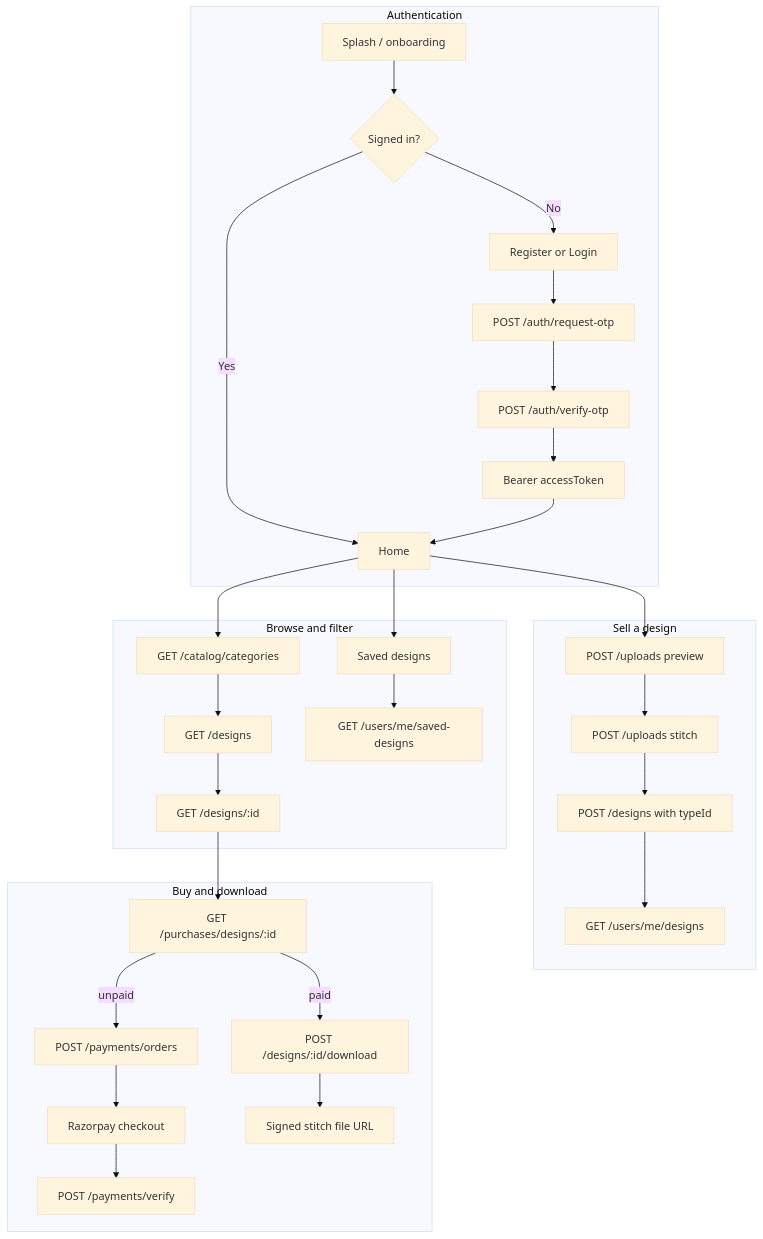
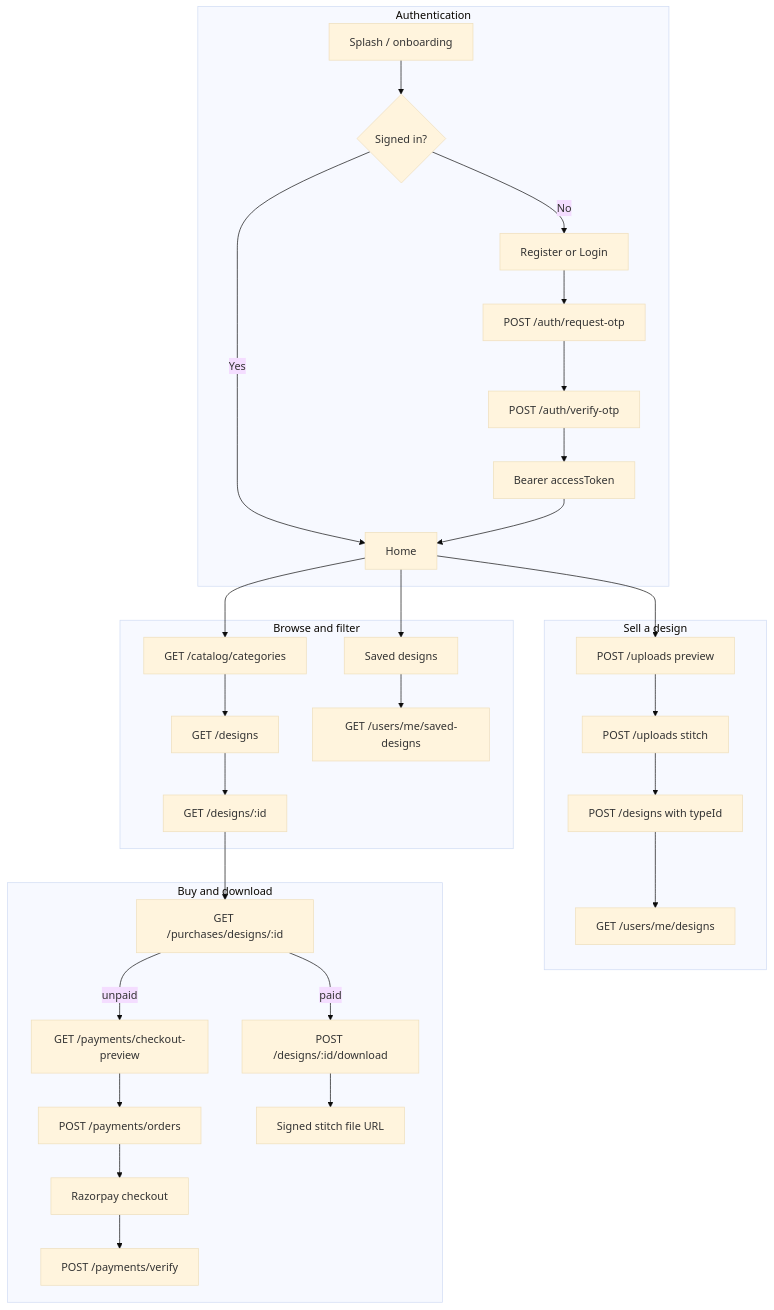
Before and after one commit to axikad/design_hub_web: the first of 3 diagrams in docs/SYSTEM-FLOW.md, drawn with Mermaid (base theme). The commit also changed 8 other files, not shown here.

````diff
--- a/docs/SYSTEM-FLOW.md
+++ b/docs/SYSTEM-FLOW.md
@@ -5,36 +5,37 @@
 ```mermaid
 flowchart TD
   subgraph auth [Authentication]
     A[Splash / onboarding] --> B{Signed in?}
     B -->|No| C[Register or Login]
     C --> D[POST /auth/request-otp]
     D --> E[POST /auth/verify-otp]
     E --> F[Bearer accessToken]
     B -->|Yes| G[Home]
     F --> G
   end
 
   subgraph browse [Browse and filter]
     G --> H[GET /catalog/categories]
     H --> I[GET /designs]
     I --> J[GET /designs/:id]
     G --> K[Saved designs]
     K --> L[GET /users/me/saved-designs]
   end
 
   subgraph sell [Sell a design]
     G --> M[POST /uploads preview]
     M --> N[POST /uploads stitch]
     N --> O[POST /designs with typeId]
     O --> P[GET /users/me/designs]
   end
 
   subgraph buy [Buy and download]
     J --> Q[GET /purchases/designs/:id]
-    Q -->|unpaid| R[POST /payments/orders]
+    Q -->|unpaid| CP[GET /payments/checkout-preview]
+    CP --> R[POST /payments/orders]
     R --> S[Razorpay checkout]
     S --> T[POST /payments/verify]
     Q -->|paid| U[POST /designs/:id/download]
     U --> V[Signed stitch file URL]
   end
 ```
````
